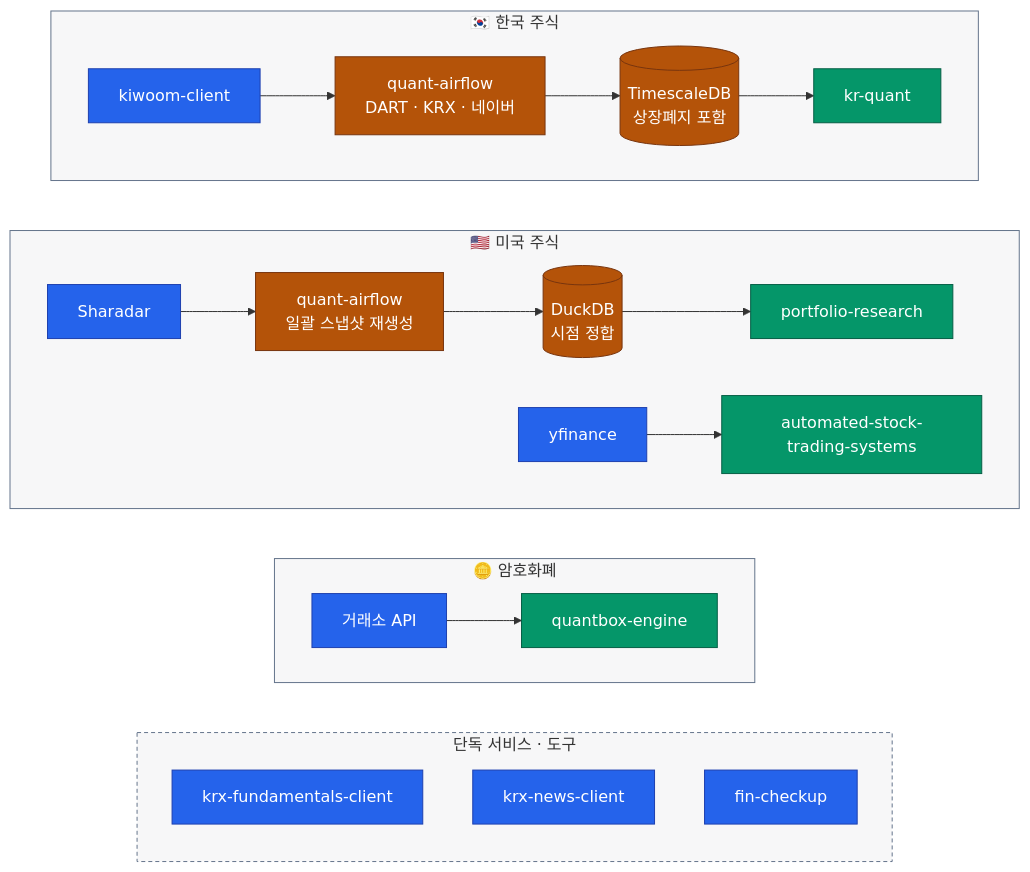
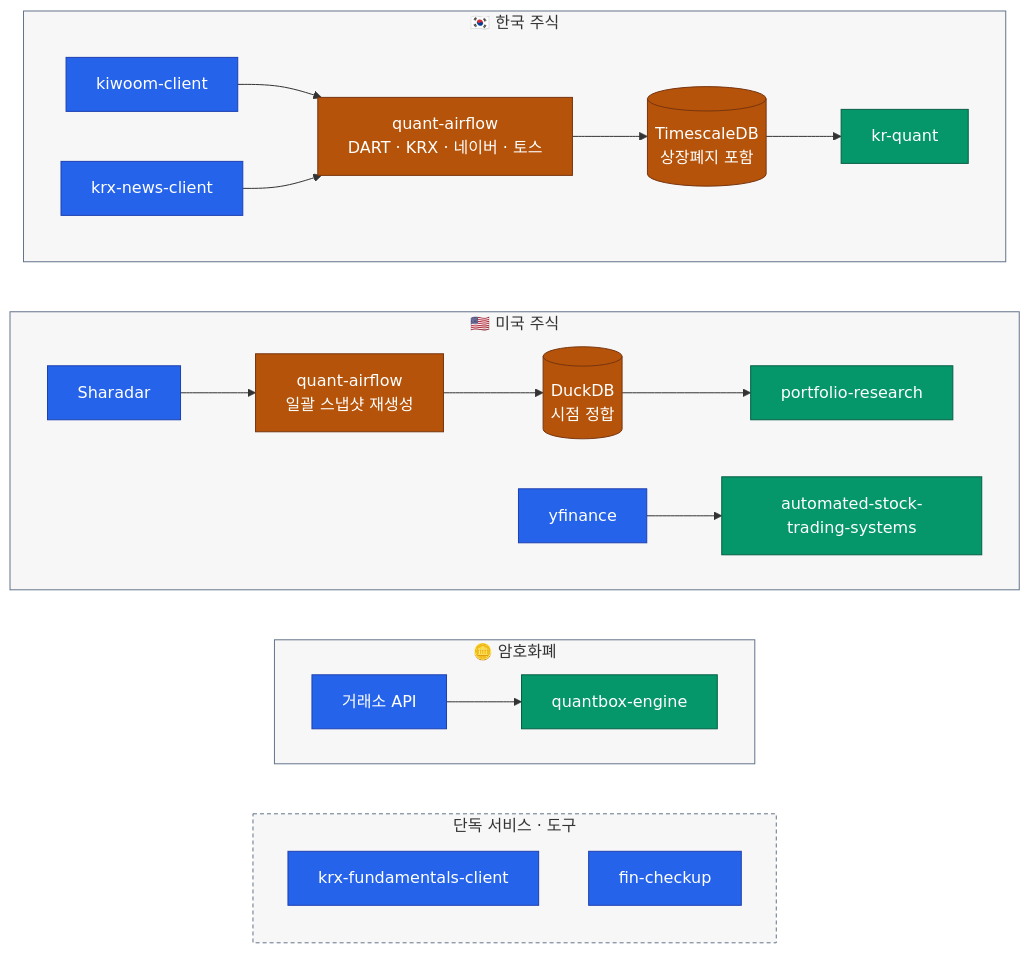
The diagram in README.ko.md (younghwan91/younghwan91), drawn with Mermaid before and after one commit. The commit also changed other lines of this file and 1 other file, not shown here.

First line of the commit message:
docs(readme): quant-airflow 뉴스 파이프라인 반영 — krx-news-client 를 파이프라인 안으로

````diff
--- a/README.ko.md
+++ b/README.ko.md
@@ -22,41 +22,41 @@
 ```mermaid
 flowchart TB
     subgraph KR ["🇰🇷 한국 주식"]
         direction LR
-        K["kiwoom-client"] --> AF["quant-airflow<br/>DART · KRX · 네이버"] --> DB[("TimescaleDB<br/>상장폐지 포함")] --> Q["kr-quant"]
+        K["kiwoom-client"] --> AF["quant-airflow<br/>DART · KRX · 네이버 · 토스"] --> DB[("TimescaleDB<br/>상장폐지 포함")] --> Q["kr-quant"]
+        NW["krx-news-client"] --> AF
     end
 
     subgraph US ["🇺🇸 미국 주식"]
         direction LR
         SH["Sharadar"] --> AFU["quant-airflow<br/>일괄 스냅샷 재생성"] --> DD[("DuckDB<br/>시점 정합")] --> O["portfolio-research"]
         YF["yfinance"] --> AT["automated-stock-trading-systems"]
     end
 
     subgraph CX ["🪙 암호화폐"]
         direction LR
         EX["거래소 API"] --> CR["quantbox-engine"]
     end
 
     subgraph SVC ["단독 서비스 · 도구"]
         direction TB
         F["krx-fundamentals-client"]
-        NW["krx-news-client"]
         FC["fin-checkup"]
     end
 
     %% 세로 정렬용 — `~~~` 는 그 자체로 보이지 않는 링크다(linkStyle 불필요).
     KR ~~~ US ~~~ CX ~~~ SVC
 
     classDef source fill:#2563EB,stroke:#1E40AF,color:#FFFFFF
     classDef move   fill:#B45309,stroke:#78350F,color:#FFFFFF
     classDef out    fill:#059669,stroke:#065F46,color:#FFFFFF
 
     class K,SH,YF,EX,F,NW,FC source
     class AF,AFU,DB,DD move
     class Q,O,AT,CR out
 
     style KR  fill:#0F172A08,stroke:#64748B
     style US  fill:#0F172A08,stroke:#64748B
     style CX  fill:#0F172A08,stroke:#64748B
     style SVC fill:#0F172A08,stroke:#64748B,stroke-dasharray:4 3
 ```
````
